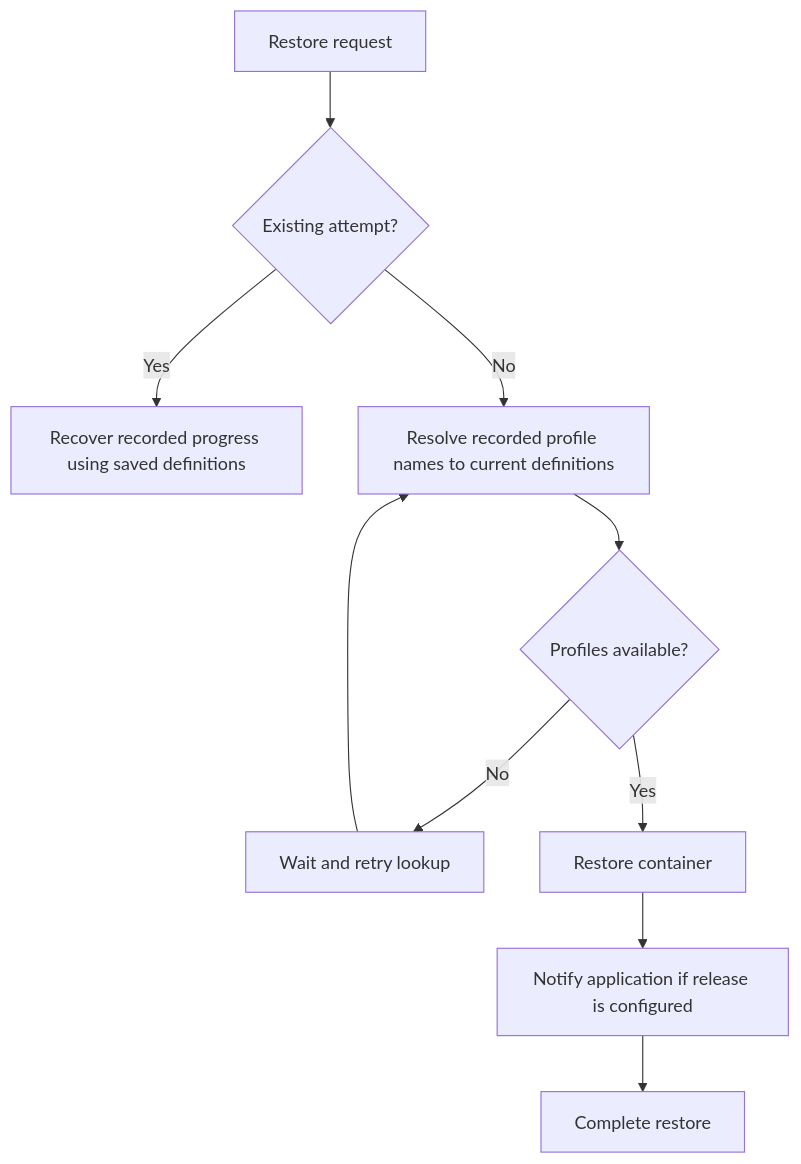
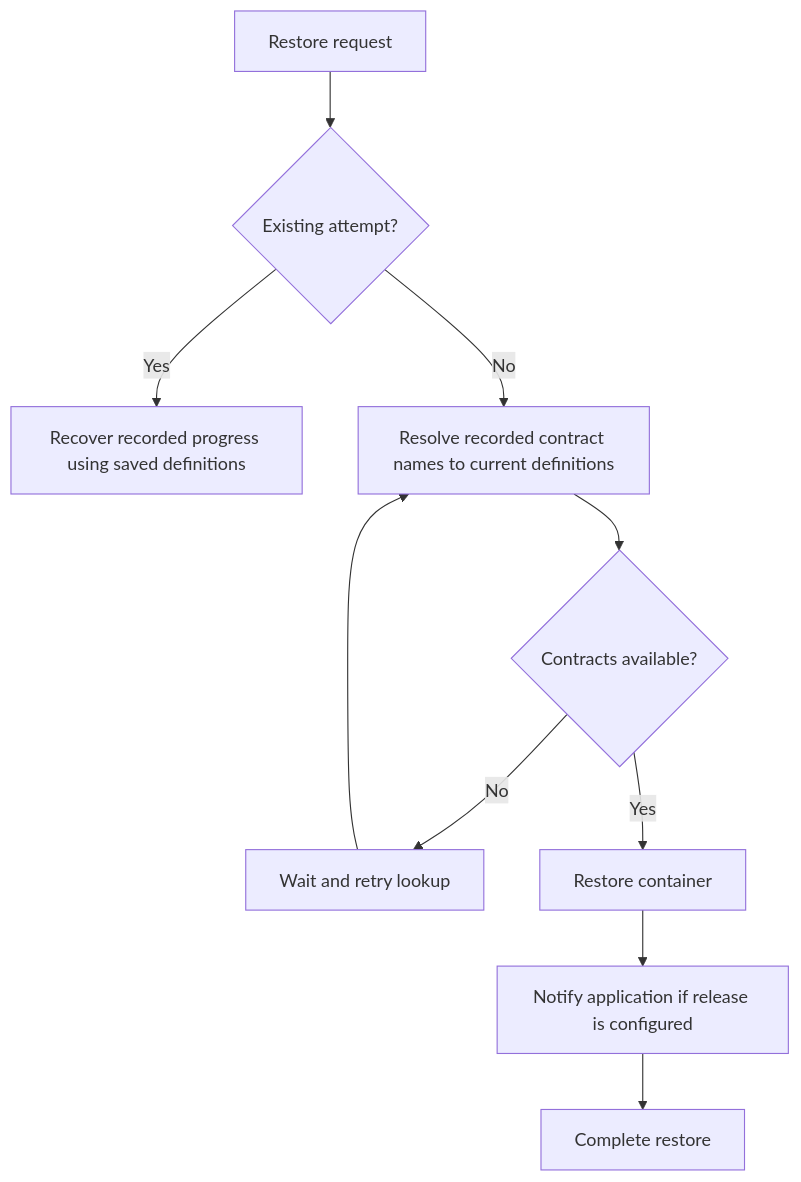
Before and after one commit to AlanFokCo/snapshot: the second of 3 diagrams in docs/proposals/411-application-lifecycle-hooks/README.md, drawn with Mermaid. The commit also changed other lines of this file, not shown here.

Commit message:
docs(proposals): simplify SNEP and name cluster application contracts

````diff
--- a/docs/proposals/411-application-lifecycle-hooks/README.md
+++ b/docs/proposals/411-application-lifecycle-hooks/README.md
@@ -420,12 +349,12 @@
 ```mermaid
 flowchart TD
     A[Restore request] --> B{Existing attempt?}
     B -->|Yes| C[Recover recorded progress using saved definitions]
-    B -->|No| D[Resolve recorded profile names to current definitions]
-    D --> E{Profiles available?}
+    B -->|No| D[Resolve recorded contract names to current definitions]
+    D --> E{Contracts available?}
     E -->|No| F[Wait and retry lookup]
     F --> D
     E -->|Yes| G[Restore container]
     G --> H[Notify application if release is configured]
     H --> I[Complete restore]
 ```
````
